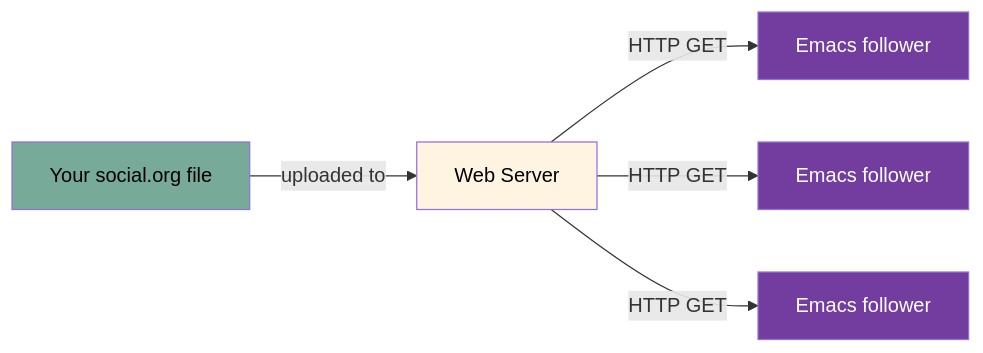
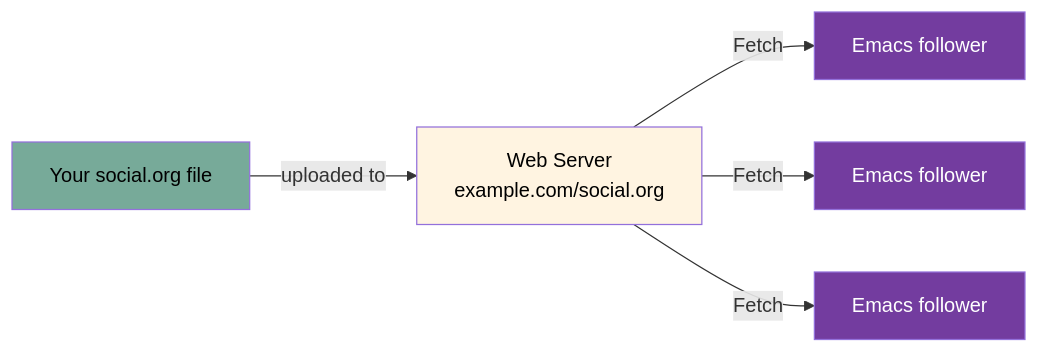
The first of 3 diagrams in README.md (tanrax/org-social), drawn with Mermaid before and after one commit. The commit also changed other lines of this file, not shown here.

Commit message:
Updated with mermaid

````diff
--- a/README.md
+++ b/README.md
@@ -7,11 +7,11 @@
 ```mermaid
 flowchart LR
-    A["Your social.org file"] -- uploaded to --> B["Web Server"]
-    B -- HTTP GET --> C["Emacs follower"] & D["Emacs follower"] & E["Emacs follower"]
+    A["Your social.org file"] -- uploaded to --> B["Web Server<br/>example.com/social.org"]
+    B -- Fetch --> C["Emacs follower"] & D["Emacs follower"] & E["Emacs follower"]
 
     style A fill:#77aa99,color:black
     style B fill:#fff4e1,color:black
     style C fill:#733c9f ,color:white
     style D fill:#733c9f,color:white
     style E fill:#733c9f,color:white
 ```
````
